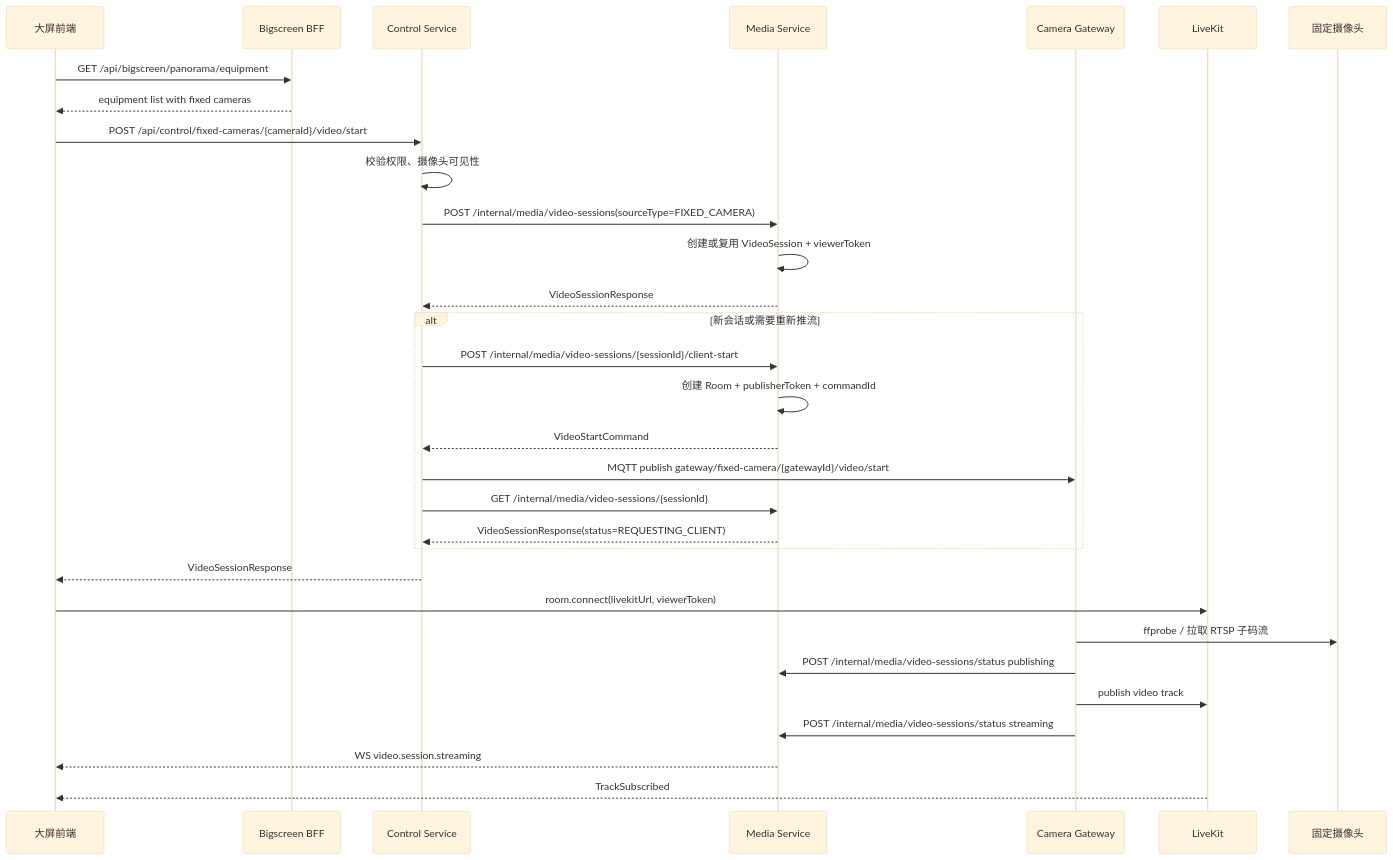
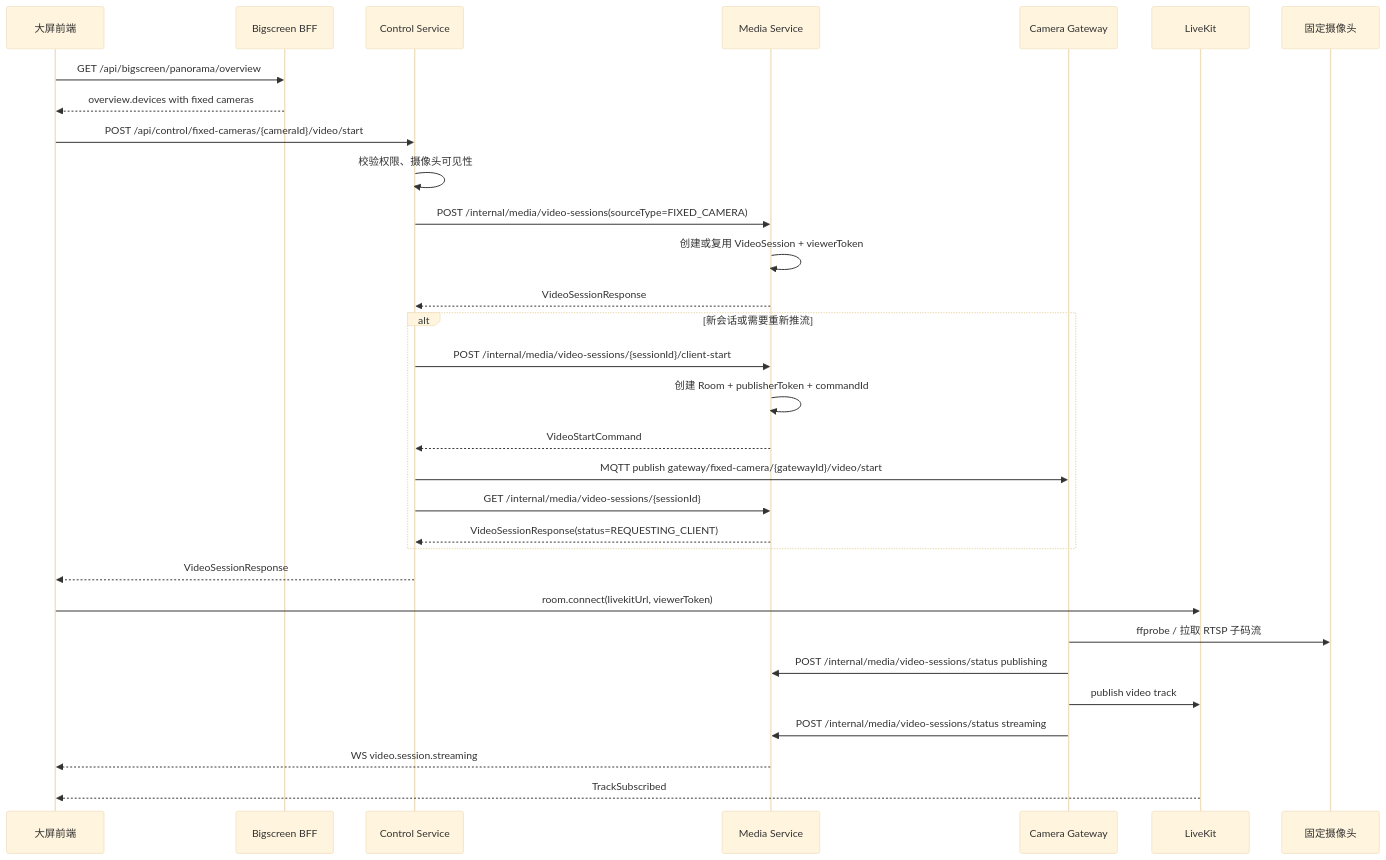
Before and after one commit to waleelay/robot: the diagram in docs/02-设计/实时视频/固定监控摄像头实时视频设计说明书.md, drawn with Mermaid (base theme). The commit also changed other lines of this file and 44 other files, not shown here.

First line of the commit message:
开发固定监控播放模块，核心链路已经接上： 大屏 BFF 固定摄像头已聚合进 overview.devices，作为与机器人同级的装备项返回，标记 sourceType=FIXED_CAMERA，并带 showControlCenter=false、showController=false，不向前端暴露 RTSP 地址和账号密码。 见 [PanoramaService.java] 和 [PanoramaCenterClient.java]。

````diff
--- a/docs/02-设计/实时视频/固定监控摄像头实时视频设计说明书.md
+++ b/docs/02-设计/实时视频/固定监控摄像头实时视频设计说明书.md
@@ -364,34 +462,34 @@
 ```mermaid
 sequenceDiagram
     participant FE as 大屏前端
     participant BFF as Bigscreen BFF
     participant CS as Control Service
     participant MS as Media Service
     participant GW as Camera Gateway
     participant LK as LiveKit
     participant CAM as 固定摄像头
 
-    FE->>BFF: GET /api/bigscreen/panorama/equipment
-    BFF-->>FE: equipment list with fixed cameras
+    FE->>BFF: GET /api/bigscreen/panorama/overview
+    BFF-->>FE: overview.devices with fixed cameras
     FE->>CS: POST /api/control/fixed-cameras/{cameraId}/video/start
     CS->>CS: 校验权限、摄像头可见性
     CS->>MS: POST /internal/media/video-sessions(sourceType=FIXED_CAMERA)
     MS->>MS: 创建或复用 VideoSession + viewerToken
     MS-->>CS: VideoSessionResponse
     alt 新会话或需要重新推流
         CS->>MS: POST /internal/media/video-sessions/{sessionId}/client-start
         MS->>MS: 创建 Room + publisherToken + commandId
         MS-->>CS: VideoStartCommand
         CS->>GW: MQTT publish gateway/fixed-camera/{gatewayId}/video/start
         CS->>MS: GET /internal/media/video-sessions/{sessionId}
         MS-->>CS: VideoSessionResponse(status=REQUESTING_CLIENT)
     end
     CS-->>FE: VideoSessionResponse
     FE->>LK: room.connect(livekitUrl, viewerToken)
     GW->>CAM: ffprobe / 拉取 RTSP 子码流
     GW->>MS: POST /internal/media/video-sessions/status publishing
     GW->>LK: publish video track
     GW->>MS: POST /internal/media/video-sessions/status streaming
     MS-->>FE: WS video.session.streaming
     LK-->>FE: TrackSubscribed
 ```
````
